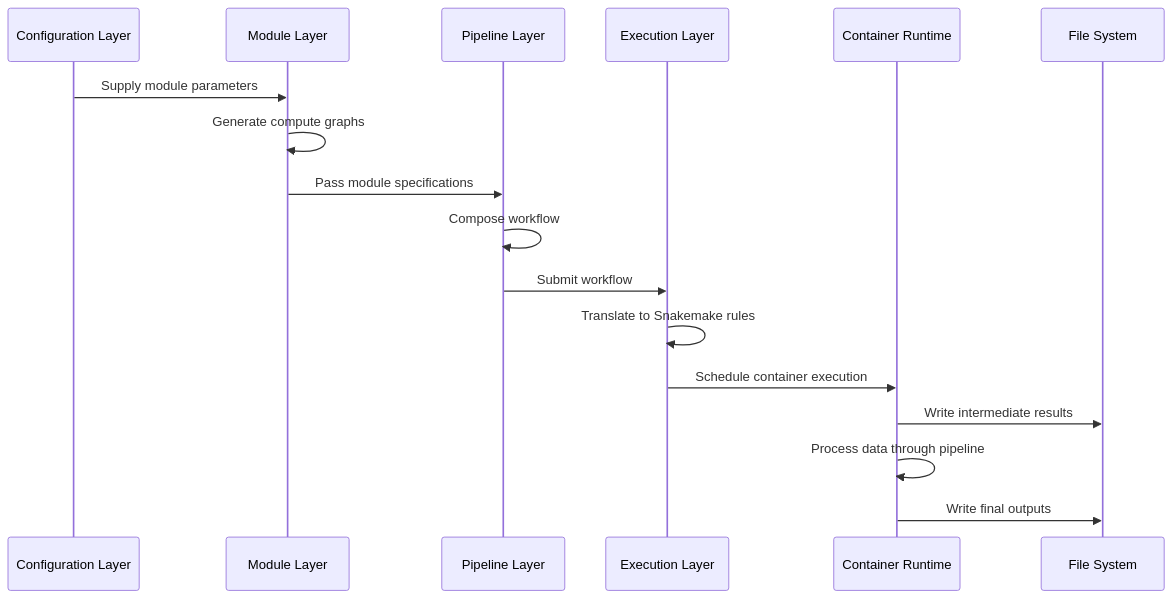
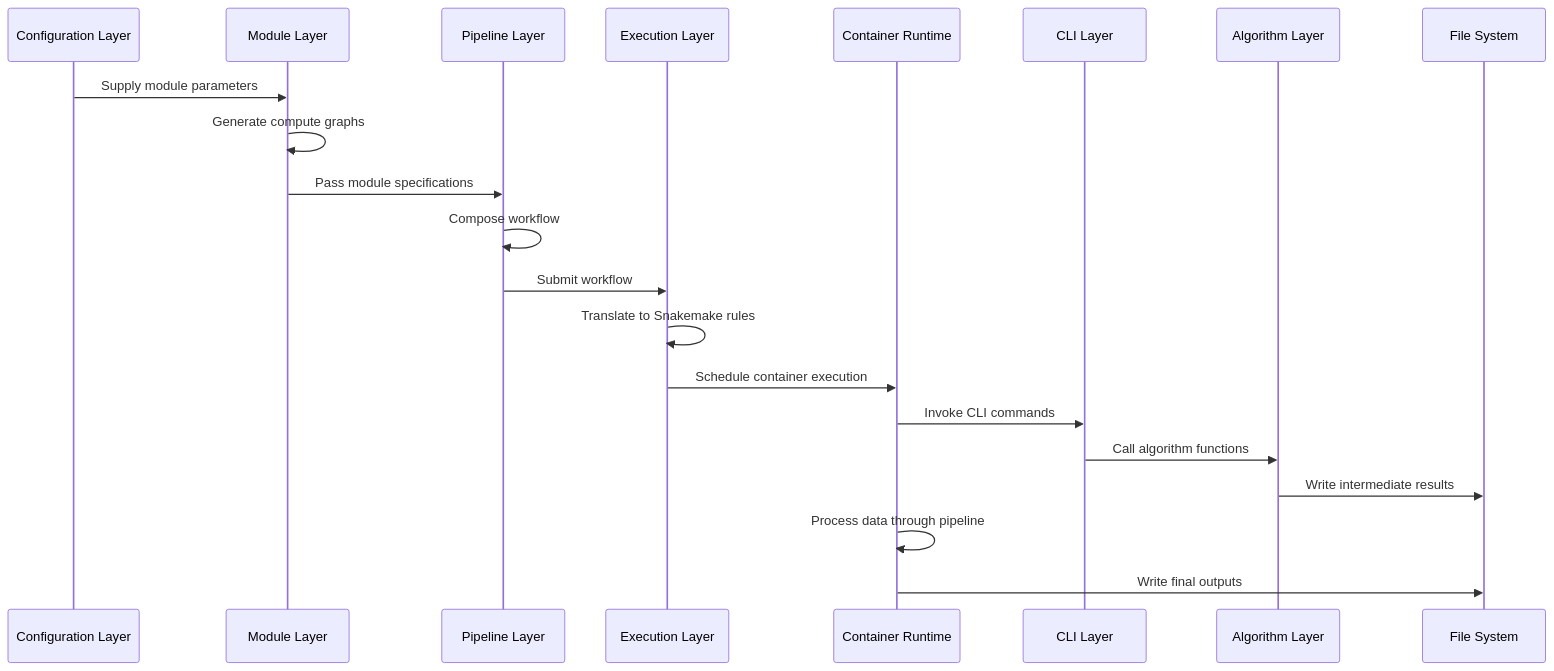
The second of 2 diagrams in docs/architecture/00_architecture_overview.md (broadinstitute/starrynight), drawn with Mermaid before and after one commit. The commit also changed other lines of this file and 1 other file, not shown here.

Commit message:
docs(architecture): enhance flow diagrams to include CLI and Algorithm layers
This commit improves the architectural documentation by correctly representing the CLI and Algorithm layers in both the sequence diagram and detailed flow explanations:

1. Update sequence diagram in architecture overview:
   - Add CLI and Algorithm participants to sequence diagram
   - Show explicit Runtime→CLI→Algorithm→Storage flow
   - Update numbered steps to include CLI and Algorithm layers

2. Add detailed CLI layer connection in practical integration document:
   - Create new 'Runtime→CLI→Algorithm' section explaining command execution flow
   - Show concrete examples of container commands invoking CLI
   - Illustrate how CLI parses arguments and calls algorithm functions
   - Explain benefits of the three-layer (Container→CLI→Algorithm) approach

These improvements ensure the documentation accurately represents how the CLI layer bridges between containerized execution and core algorithm functionality, completing the architectural picture for developers.

🤖 Generated with [Claude Code](https://claude.ai/code)

````diff
--- a/docs/architecture/00_architecture_overview.md
+++ b/docs/architecture/00_architecture_overview.md
@@ -87,20 +87,24 @@
 ```mermaid
 sequenceDiagram
     participant Config as Configuration Layer
     participant Module as Module Layer
     participant Pipeline as Pipeline Layer
     participant Execution as Execution Layer
     participant Runtime as Container Runtime
+    participant CLI as CLI Layer
+    participant Algorithm as Algorithm Layer
     participant Storage as File System
 
     Config->>Module: Supply module parameters
     Module->>Module: Generate compute graphs
     Module->>Pipeline: Pass module specifications
     Pipeline->>Pipeline: Compose workflow
     Pipeline->>Execution: Submit workflow
     Execution->>Execution: Translate to Snakemake rules
     Execution->>Runtime: Schedule container execution
-    Runtime->>Storage: Write intermediate results
+    Runtime->>CLI: Invoke CLI commands
+    CLI->>Algorithm: Call algorithm functions
+    Algorithm->>Storage: Write intermediate results
     Runtime->>Runtime: Process data through pipeline
     Runtime->>Storage: Write final outputs
 ```
````
